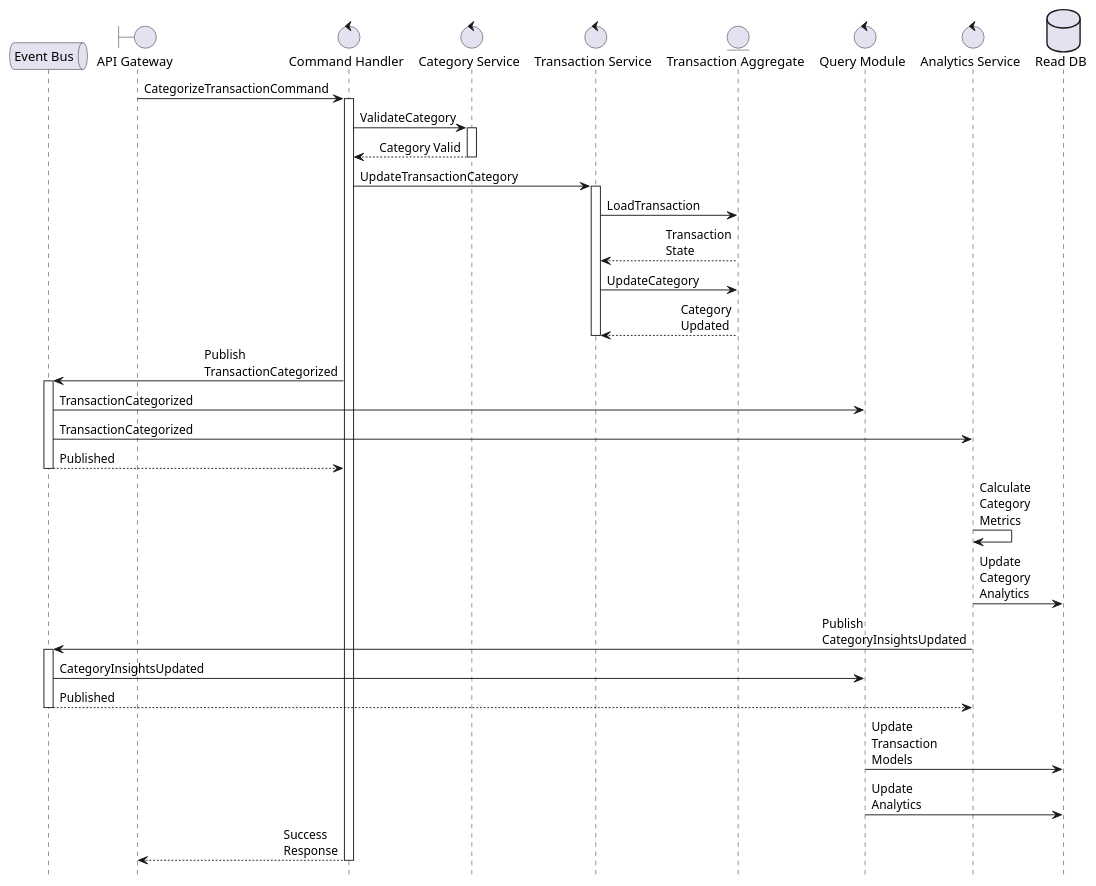
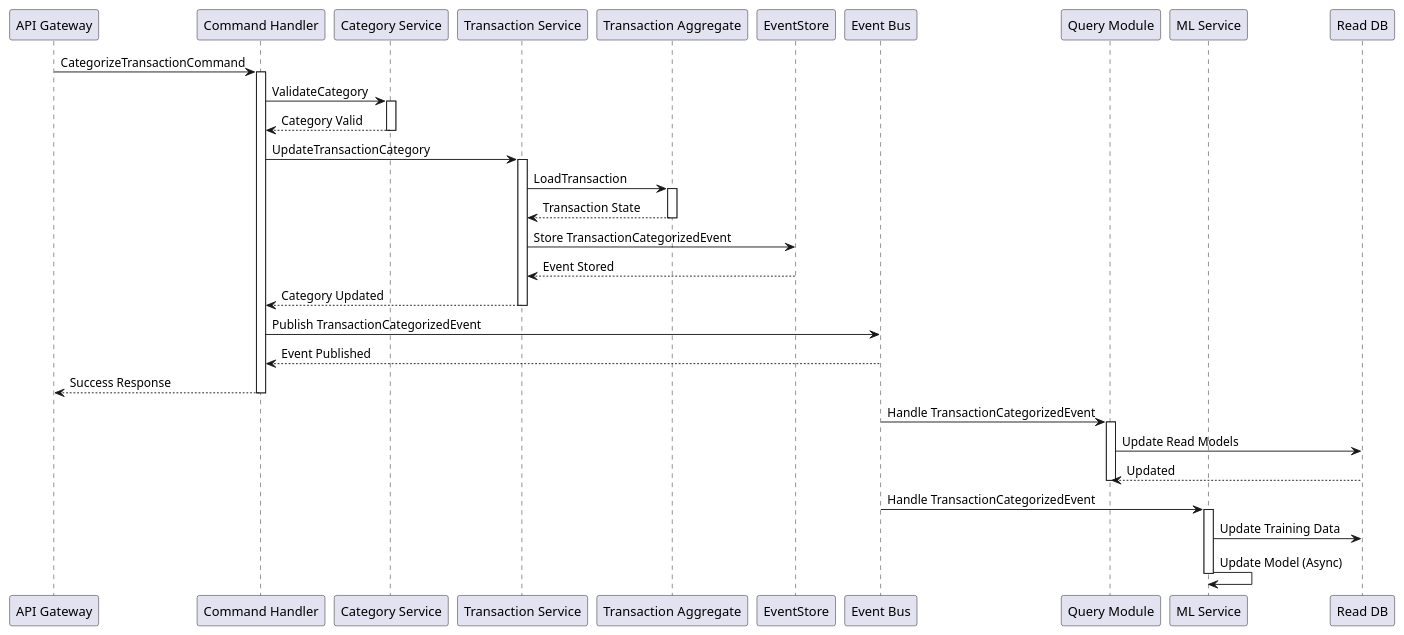
One commit to Osguima3/welz changed the second of 9 diagrams in docs/model/sequence-diagrams.md. Above: the diagram before and after it, drawn with PlantUML. The commit also changed other lines of this file and 6 other files, not shown here.

````diff
--- a/docs/model/sequence-diagrams.md
+++ b/docs/model/sequence-diagrams.md
@@ -89,59 +80,54 @@
 ```plantuml
 @startuml
-!pragma teoz true
-skinparam responseMessageBelowArrow true
-skinparam sequenceMessageAlign direction
-skinparam maxMessageSize 100
-skinparam participantPadding 20
-skinparam boxPadding 10
-hide footbox
-
-queue       "Event Bus"              as EB
-boundary    "API Gateway"            as API
-control     "Command Handler"        as CH
-control     "Category Service"       as CS
-control     "Transaction Service"    as TS
-entity      "Transaction Aggregate"  as TA
-control     "Query Module"           as QM
-control     "Analytics Service"      as AS
-database    "Read DB"               as DB
+participant "API Gateway" as API
+participant "Command Handler" as CH
+participant "Category Service" as CS
+participant "Transaction Service" as TS
+participant "Transaction Aggregate" as TA
+participant "EventStore" as ES
+participant "Event Bus" as EB
+participant "Query Module" as QM
+participant "ML Service" as ML
+participant "Read DB" as DB
 
 API -> CH: CategorizeTransactionCommand
 activate CH
 
 CH -> CS: ValidateCategory
 activate CS
 CS --> CH: Category Valid
 deactivate CS
 
 CH -> TS: UpdateTransactionCategory
 activate TS
+
 TS -> TA: LoadTransaction
+activate TA
 TA --> TS: Transaction State
-TS -> TA: UpdateCategory
-TA --> TS: Category Updated
+deactivate TA
+
+TS -> ES: Store TransactionCategorizedEvent
+ES --> TS: Event Stored
+
+TS --> CH: Category Updated
 deactivate TS
 
-CH -> EB: Publish TransactionCategorized
-activate EB
-EB -> QM: TransactionCategorized
-EB -> AS: TransactionCategorized
-EB --> CH: Published
-deactivate EB
-
-AS -> AS: Calculate Category Metrics
-AS -> DB: Update Category Analytics
-
-AS -> EB: Publish CategoryInsightsUpdated
-activate EB
-EB -> QM: CategoryInsightsUpdated
-EB --> AS: Published
-deactivate EB
-
-QM -> DB: Update Transaction Models
-QM -> DB: Update Analytics
+CH -> EB: Publish TransactionCategorizedEvent
+EB --> CH: Event Published
 
 CH --> API: Success Response
 deactivate CH
+
+EB -> QM: Handle TransactionCategorizedEvent
+activate QM
+QM -> DB: Update Read Models
+DB --> QM: Updated
+deactivate QM
+
+EB -> ML: Handle TransactionCategorizedEvent
+activate ML
+ML -> DB: Update Training Data
+ML -> ML: Update Model (Async)
+deactivate ML
 @enduml
 ```
````
